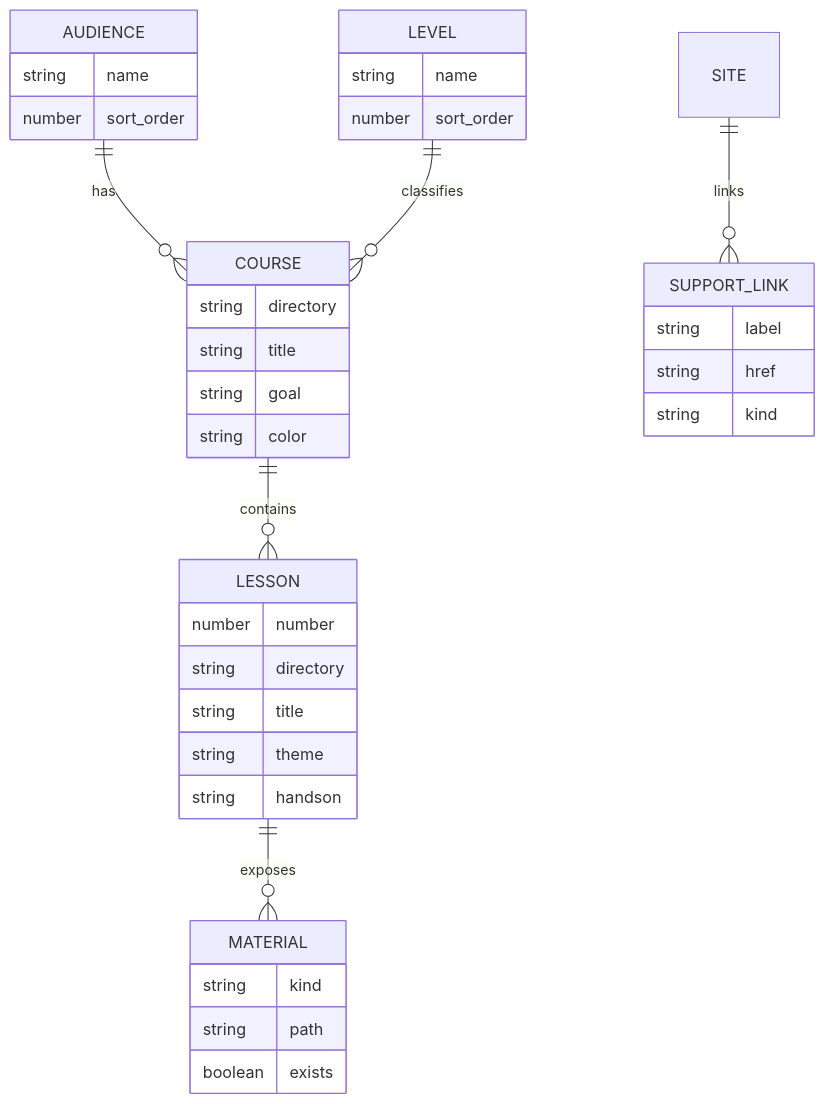
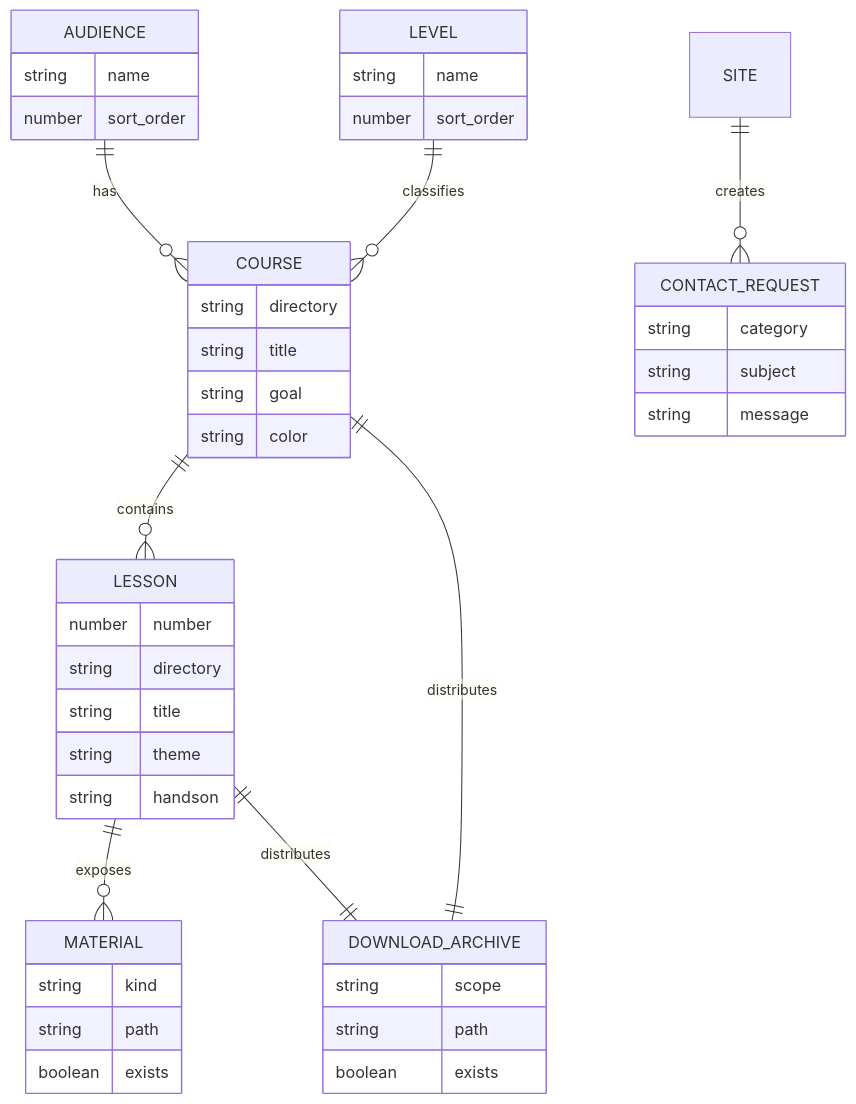
The first of 2 diagrams in docs/SITE_STRATEGY.md (yt-hsgw/lecture-materials), drawn with Mermaid before and after one commit. The commit also changed other lines of this file and 70 other files, not shown here.

````diff
--- a/docs/SITE_STRATEGY.md
+++ b/docs/SITE_STRATEGY.md
@@ -33,45 +33,53 @@
 ```mermaid
 erDiagram
     AUDIENCE ||--o{ COURSE : has
     LEVEL ||--o{ COURSE : classifies
     COURSE ||--o{ LESSON : contains
     LESSON ||--o{ MATERIAL : exposes
-    SITE ||--o{ SUPPORT_LINK : links
+    COURSE ||--|| DOWNLOAD_ARCHIVE : distributes
+    LESSON ||--|| DOWNLOAD_ARCHIVE : distributes
+    SITE ||--o{ CONTACT_REQUEST : creates
 
     AUDIENCE {
       string name
       number sort_order
     }
 
     LEVEL {
       string name
       number sort_order
     }
 
     COURSE {
       string directory
       string title
       string goal
       string color
     }
 
     LESSON {
       number number
       string directory
       string title
       string theme
       string handson
     }
 
     MATERIAL {
       string kind
       string path
       boolean exists
     }
 
-    SUPPORT_LINK {
-      string label
-      string href
-      string kind
+    DOWNLOAD_ARCHIVE {
+      string scope
+      string path
+      boolean exists
+    }
+
+    CONTACT_REQUEST {
+      string category
+      string subject
+      string message
     }
 ```
````
